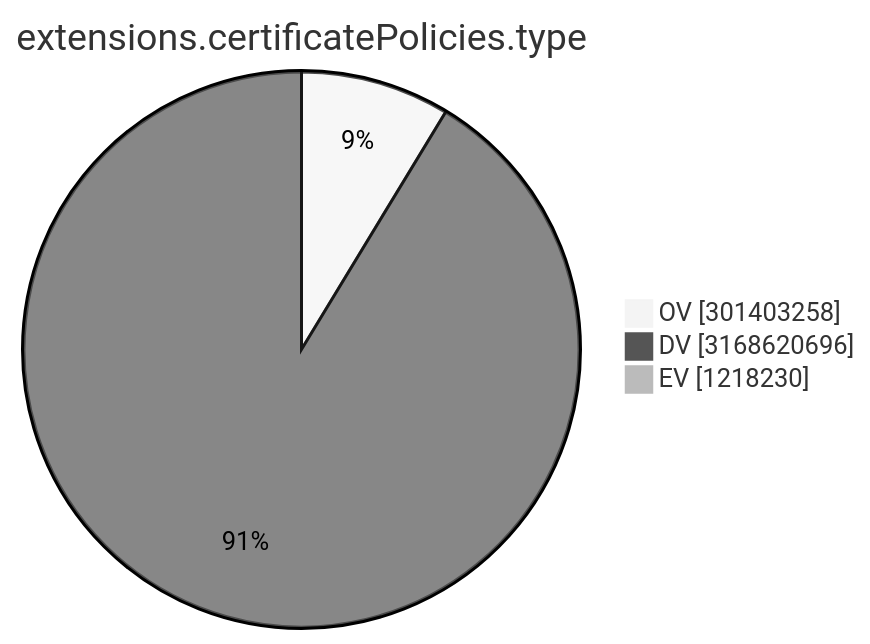
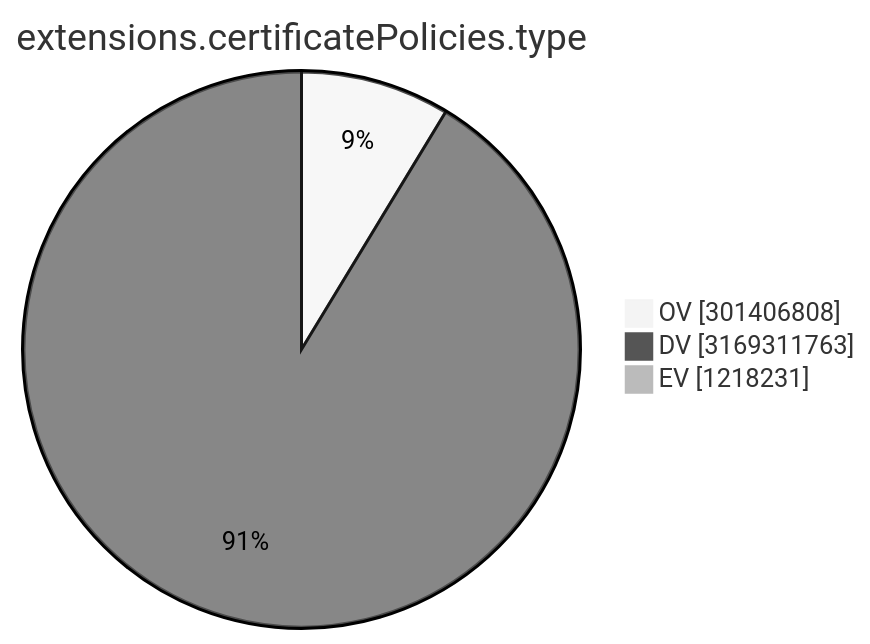
The ninth of 15 diagrams in TOTAL/README.md (christiankrug/ctmonitor_visualization), drawn with Mermaid (neutral theme) before and after one commit. The commit also changed other lines of this file, not shown here.

````diff
--- a/TOTAL/README.md
+++ b/TOTAL/README.md
@@ -3105,7 +3105,7 @@
 ```mermaid
 pie showData
 title extensions.certificatePolicies.type
-"OV" :301403258
-"DV" :3168620696
-"EV" :1218230
+"OV" :301406808
+"DV" :3169311763
+"EV" :1218231
 ```
````
